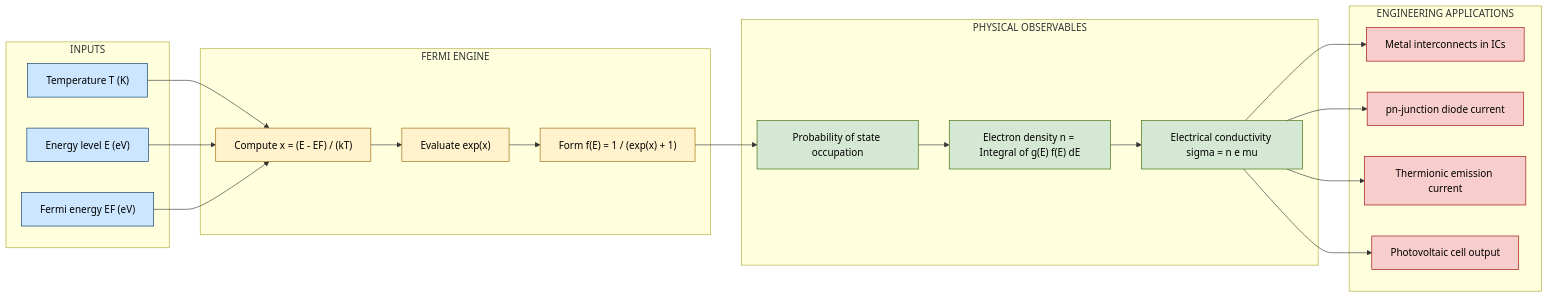
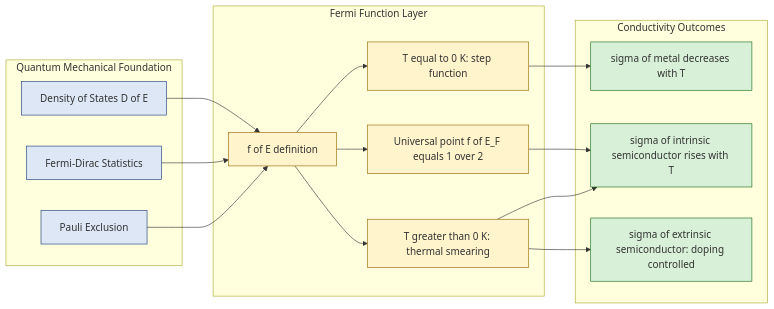
Before and after one commit to vishnuu-kr/ktunode: the third of 3 diagrams in public/notes/computer-science-and-engineering/semester-1/gapht121-physics-for-information-science/01-module-1-electrical-conductivity/variation-of-fermi-function-with-temperature/notes.md, drawn with Mermaid. The commit also changed other lines of this file and 4829 other files, not shown here.

````diff
--- a/public/notes/computer-science-and-engineering/semester-1/gapht121-physics-for-information-science/01-module-1-electrical-conductivity/variation-of-fermi-function-with-temperature/notes.md
+++ b/public/notes/computer-science-and-engineering/semester-1/gapht121-physics-for-information-science/01-module-1-electrical-conductivity/variation-of-fermi-function-with-temperature/notes.md
@@ -369,51 +450,43 @@
 ```mermaid
-flowchart LR
-    subgraph INPUTS["INPUTS"]
-        IN1["Temperature T (K)"]
-        IN2["Energy level E (eV)"]
-        IN3["Fermi energy EF (eV)"]
+graph LR
+    subgraph QM["Quantum Mechanical Foundation"]
+        q1["Pauli Exclusion"]
+        q2["Fermi-Dirac Statistics"]
+        q3["Density of States D of E"]
     end
 
-    subgraph CORE["FERMI ENGINE"]
-        F1["Compute x = (E - EF) / (kT)"]
-        F2["Evaluate exp(x)"]
-        F3["Form f(E) = 1 / (exp(x) + 1)"]
+    subgraph FD["Fermi Function Layer"]
+        f1["f of E definition"]
+        f2["T equal to 0 K: step function"]
+        f3["T greater than 0 K: thermal smearing"]
+        f4["Universal point f of E_F equals 1 over 2"]
     end
 
-    subgraph OUTPUTS["PHYSICAL OBSERVABLES"]
-        O1["Probability of state occupation"]
-        O2["Electron density n = Integral of g(E) f(E) dE"]
-        O3["Electrical conductivity sigma = n e mu"]
+    subgraph CON["Conductivity Outcomes"]
+        c1["sigma of metal decreases with T"]
+        c2["sigma of intrinsic semiconductor rises with T"]
+        c3["sigma of extrinsic semiconductor: doping controlled"]
     end
 
-    subgraph APPLICATIONS["ENGINEERING APPLICATIONS"]
-        A1["Metal interconnects in ICs"]
-        A2["pn-junction diode current"]
-        A3["Thermionic emission current"]
-        A4["Photovoltaic cell output"]
-    end
+    q1 --> f1
+    q2 --> f1
+    q3 --> f1
+    f1 --> f2
+    f1 --> f3
+    f1 --> f4
+    f2 --> c1
+    f3 --> c2
+    f3 --> c3
+    f4 --> c2
 
-    IN1 --> F1
-    IN2 --> F1
-    IN3 --> F1
-    F1 --> F2 --> F3
-    F3 --> O1 --> O2 --> O3
-    O3 --> A1
-    O3 --> A2
-    O3 --> A3
-    O3 --> A4
-
-    style IN1 fill:#cce6ff,stroke:#003366,color:#000
-    style IN2 fill:#cce6ff,stroke:#003366,color:#000
-    style IN3 fill:#cce6ff,stroke:#003366,color:#000
-    style F1 fill:#fff2cc,stroke:#996600,color:#000
-    style F2 fill:#fff2cc,stroke:#996600,color:#000
-    style F3 fill:#fff2cc,stroke:#996600,color:#000
-    style O1 fill:#d5e8d4,stroke:#336600,color:#000
-    style O2 fill:#d5e8d4,stroke:#336600,color:#000
-    style O3 fill:#d5e8d4,stroke:#336600,color:#000
-    style A1 fill:#f8cecc,stroke:#990000,color:#000
-    style A2 fill:#f8cecc,stroke:#990000,color:#000
-    style A3 fill:#f8cecc,stroke:#990000,color:#000
-    style A4 fill:#f8cecc,stroke:#990000,color:#000
+    style q1 fill:#dde7f5,stroke:#1a3d7c
+    style q2 fill:#dde7f5,stroke:#1a3d7c
+    style q3 fill:#dde7f5,stroke:#1a3d7c
+    style f1 fill:#fff4cc,stroke:#996600
+    style f2 fill:#fff4cc,stroke:#996600
+    style f3 fill:#fff4cc,stroke:#996600
+    style f4 fill:#fff4cc,stroke:#996600
+    style c1 fill:#d8f0d8,stroke:#1a6b1a
+    style c2 fill:#d8f0d8,stroke:#1a6b1a
+    style c3 fill:#d8f0d8,stroke:#1a6b1a
 ```
````
